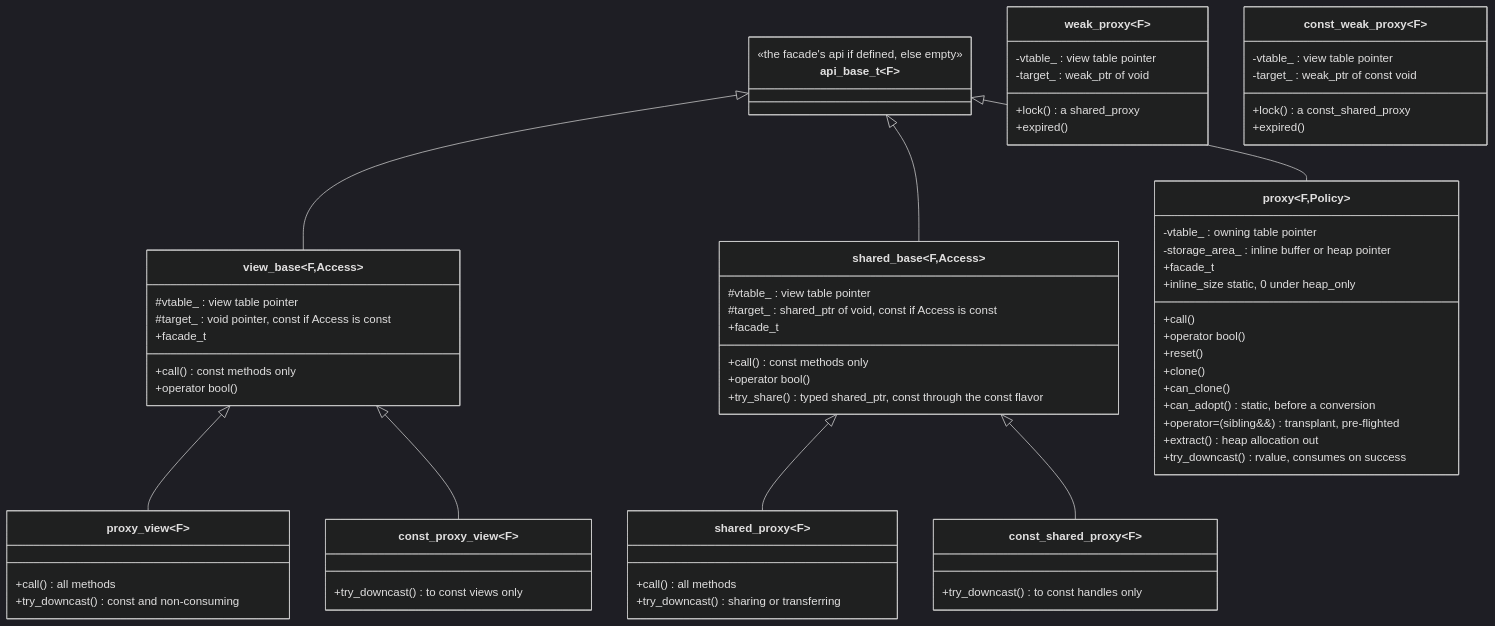
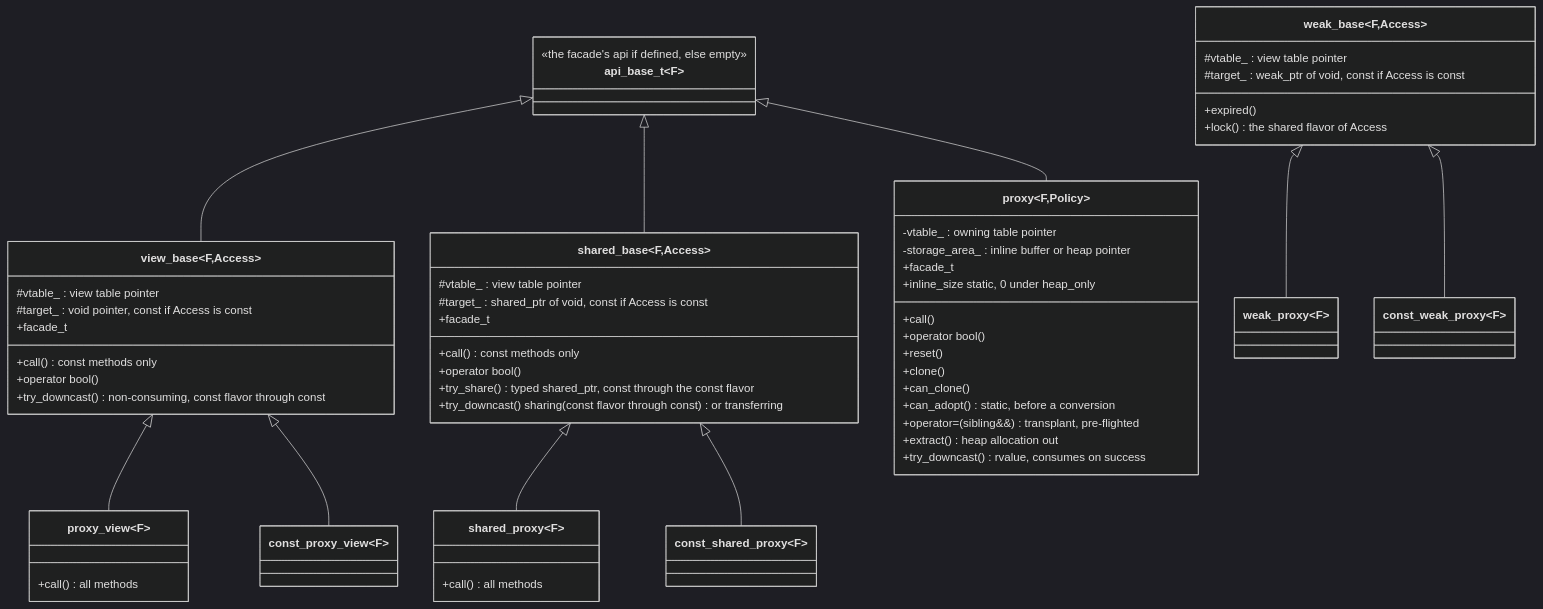
The second of 8 diagrams in corvid/meta/invoke/proxy.md (stevensudit/Corvid), drawn with Mermaid (dark theme) before and after one commit. The commit also changed other lines of this file and 14 other files, not shown here.

Commit message:
Meta future items: proxy consolidations, conditional_const_t, constrained FunctionT hook, and member-pointer bindings (#106)

````diff
--- a/corvid/meta/invoke/proxy.md
+++ b/corvid/meta/invoke/proxy.md
@@ -955,69 +1041,67 @@
 ```mermaid
 classDiagram
     class api_base_t~F~ {
         <<the facade's api if defined, else empty>>
     }
     class view_base~F,Access~ {
         #vtable_ : view table pointer
         #target_ : void pointer, const if Access is const
         +facade_t
         +call() const methods only
         +operator bool()
+        +try_downcast() non-consuming, const flavor through const
     }
     class shared_base~F,Access~ {
         #vtable_ : view table pointer
         #target_ : shared_ptr of void, const if Access is const
         +facade_t
         +call() const methods only
         +operator bool()
         +try_share() typed shared_ptr, const through the const flavor
+        +try_downcast() sharing (const flavor through const) or transferring
     }
     class proxy_view~F~ {
         +call() all methods
-        +try_downcast() const and non-consuming
     }
     class const_proxy_view~F~ {
-        +try_downcast() to const views only
     }
     class proxy~F,Policy~ {
         -vtable_ : owning table pointer
         -storage_area_ : inline buffer or heap pointer
         +facade_t
         +inline_size static, 0 under heap_only
         +call()
         +operator bool()
         +reset()
         +clone()
         +can_clone()
         +can_adopt() static, before a conversion
         +operator=(sibling&&) transplant, pre-flighted
         +extract() heap allocation out
         +try_downcast() rvalue, consumes on success
     }
     class shared_proxy~F~ {
         +call() all methods
-        +try_downcast() sharing or transferring
     }
     class const_shared_proxy~F~ {
-        +try_downcast() to const handles only
+    }
+    class weak_base~F,Access~ {
+        #vtable_ : view table pointer
+        #target_ : weak_ptr of void, const if Access is const
+        +expired()
+        +lock() the shared flavor of Access
     }
     class weak_proxy~F~ {
-        -vtable_ : view table pointer
-        -target_ : weak_ptr of void
-        +lock() a shared_proxy
-        +expired()
     }
     class const_weak_proxy~F~ {
-        -vtable_ : view table pointer
-        -target_ : weak_ptr of const void
-        +lock() a const_shared_proxy
-        +expired()
     }
     api_base_t <|-- view_base
     view_base <|-- proxy_view
     view_base <|-- const_proxy_view
     api_base_t <|-- proxy
     api_base_t <|-- shared_base
     shared_base <|-- shared_proxy
     shared_base <|-- const_shared_proxy
+    weak_base <|-- weak_proxy
+    weak_base <|-- const_weak_proxy
 ```
````
